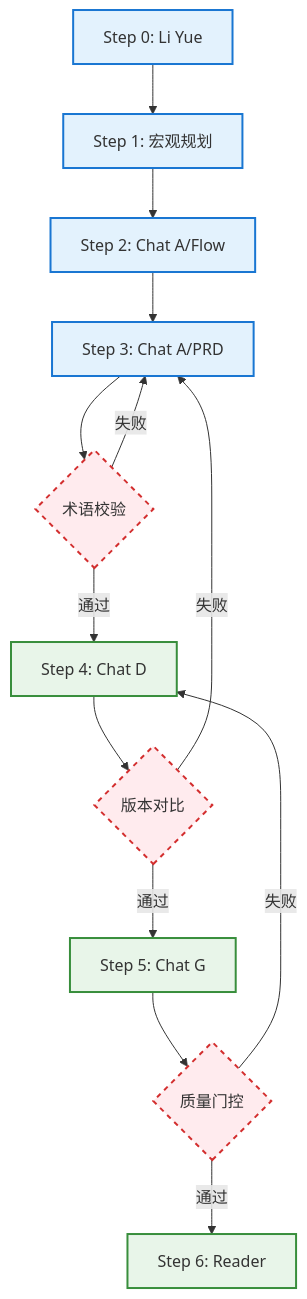
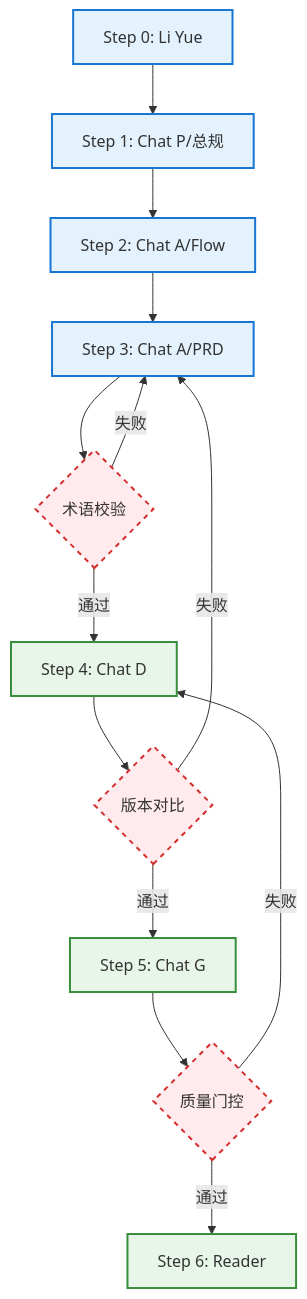
Before and after one commit to farasun/AI-PRD-Lecai: the diagram in README.md, drawn with Mermaid. The commit also changed other lines of this file and 25 other files, not shown here.

Commit message:
feat：V1.2版本的kawayi用户展示流程图优化，以及新的工作流经验： - 使用chat U做UI设计、chatP做产品架构 - 使用 kawayi-copy-v1.2.md 的标准演示文案包，让展示流程图快速更新文案 - 使用 flow-color-theme-v1.2.md ；定义展示流程图的简单配色风格

````diff
--- a/README.md
+++ b/README.md
@@ -98,37 +99,37 @@
 ```mermaid
 flowchart TD
     %% 人工步骤 - 蓝色
     S0[Step 0: Li Yue]:::manual
-    S1[Step 1: 宏观规划]:::manual
+    S1[Step 1: Chat P/总规]:::manual
     S2[Step 2: Chat A/Flow]:::manual
     S3[Step 3: Chat A/PRD]:::manual
 
     %% 自动化步骤 - 绿色
     S4[Step 4: Chat D]:::auto
     S5[Step 5: Chat G]:::auto
     S6[Step 6: Reader]:::auto
 
     %% 断点 - 红色
     BP1{术语校验}:::breakpoint
     BP2{版本对比}:::breakpoint
     BP3{质量门控}:::breakpoint
 
     %% 流程连接
     S0 --> S1
     S1 --> S2
     S2 --> S3
     S3 --> BP1
     BP1 -->|通过| S4
     BP1 -->|失败| S3
     S4 --> BP2
     BP2 -->|通过| S5
     BP2 -->|失败| S3
     S5 --> BP3
     BP3 -->|通过| S6
     BP3 -->|失败| S4
 
     %% 样式定义
     classDef manual fill:#e3f2fd,stroke:#1976d2,stroke-width:2px
     classDef auto fill:#e8f5e9,stroke:#388e3c,stroke-width:2px
     classDef breakpoint fill:#ffebee,stroke:#d32f2f,stroke-width:2px,stroke-dasharray: 5 5
 ```
````
